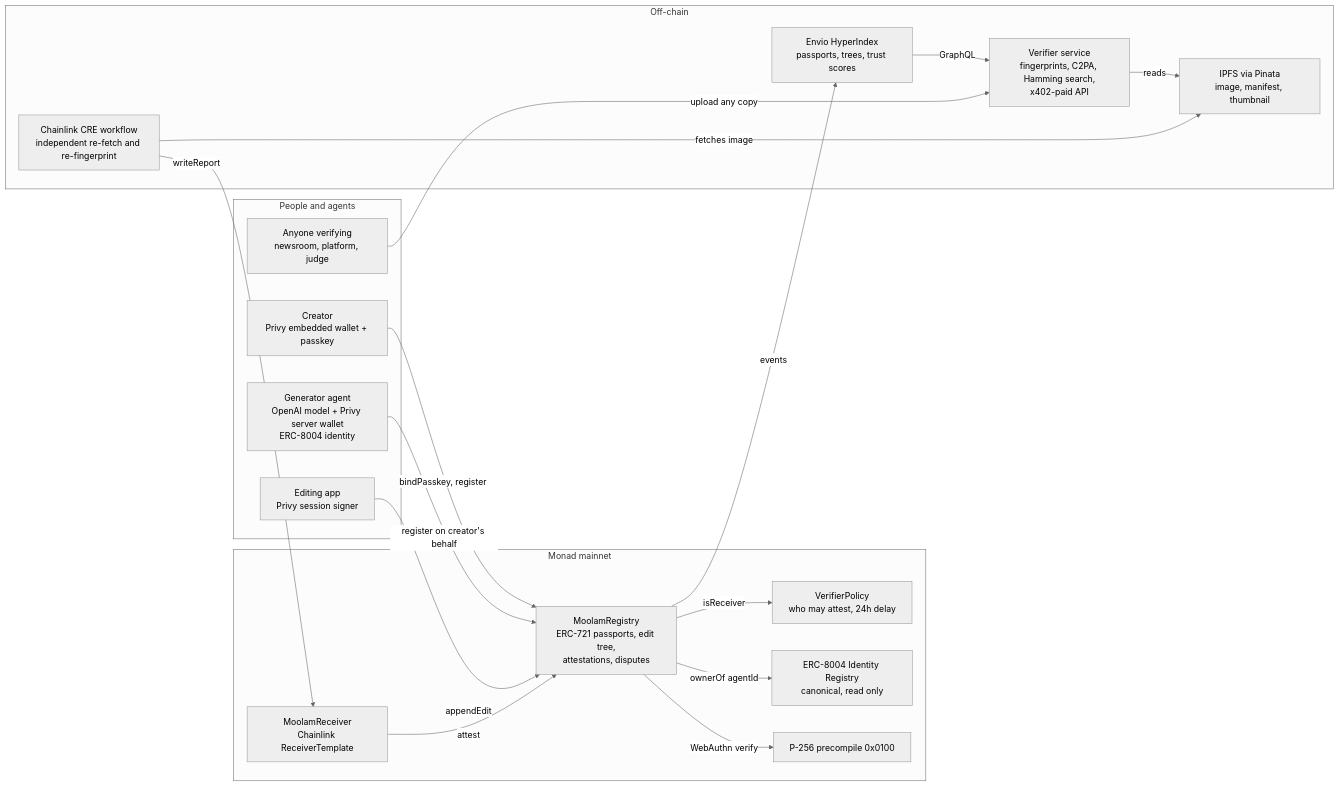
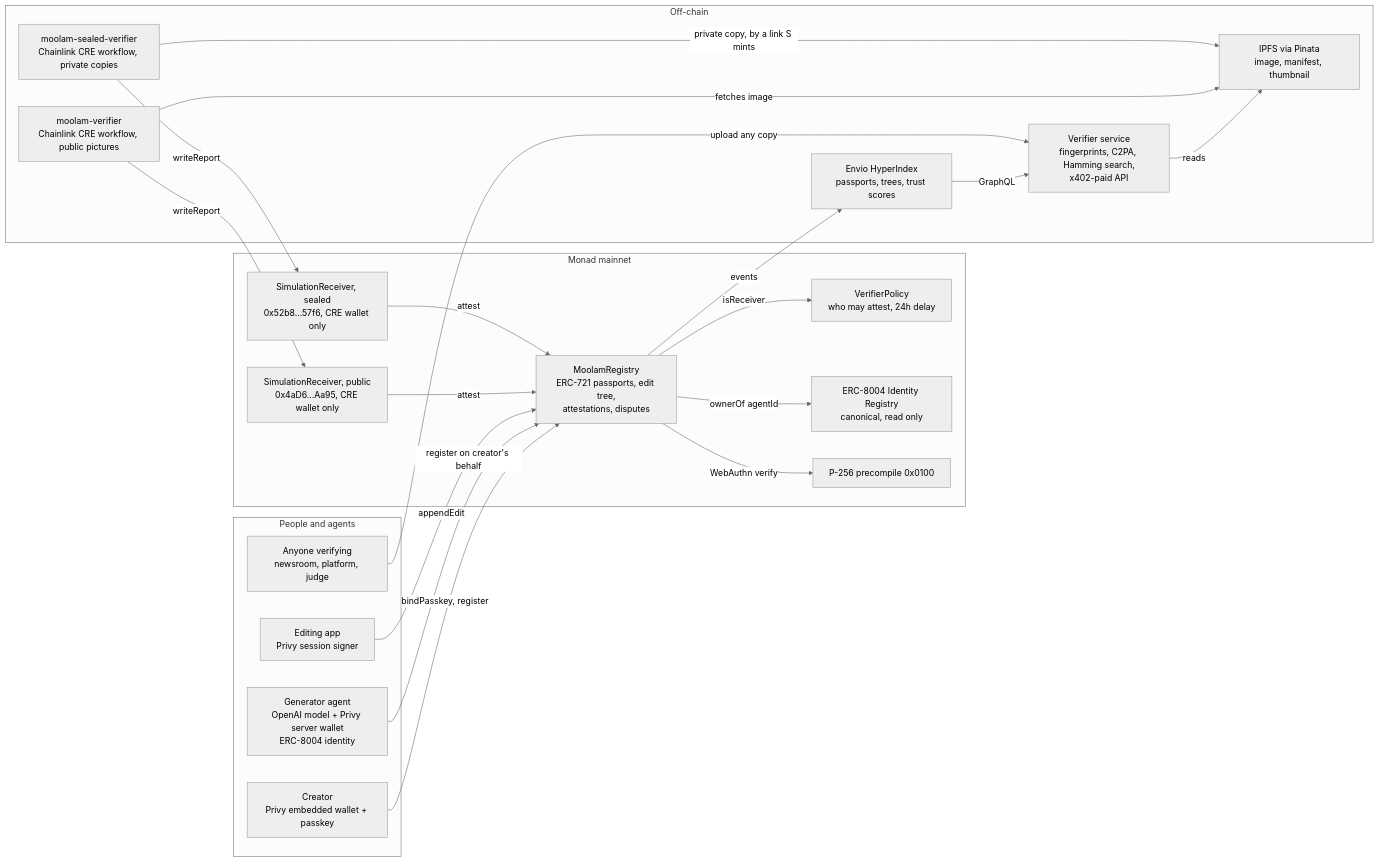
One commit to ramakrishnanhulk20/Moolam changed the first of 3 diagrams in ARCHITECTURE.md. Above: the diagram before and after it, drawn with Mermaid (neutral theme). The commit also changed other lines of this file and 14 other files, not shown here.

````diff
--- a/ARCHITECTURE.md
+++ b/ARCHITECTURE.md
@@ -11,37 +11,41 @@
 ```mermaid
 flowchart LR
     subgraph People and agents
         C[Creator<br/>Privy embedded wallet + passkey]
         G[Generator agent<br/>OpenAI model + Privy server wallet<br/>ERC-8004 identity]
         E[Editing app<br/>Privy session signer]
         V[Anyone verifying<br/>newsroom, platform, judge]
     end
 
     subgraph Monad mainnet
         R[MoolamRegistry<br/>ERC-721 passports, edit tree,<br/>attestations, disputes]
         P[VerifierPolicy<br/>who may attest, 24h delay]
-        RC[MoolamReceiver<br/>Chainlink ReceiverTemplate]
+        RC[SimulationReceiver, public<br/>0x4aD6…Aa95, CRE wallet only]
+        RS[SimulationReceiver, sealed<br/>0x52b8…57f6, CRE wallet only]
         I8[ERC-8004 Identity Registry<br/>canonical, read only]
         PC[P-256 precompile 0x0100]
     end
 
     subgraph Off-chain
         S[Verifier service<br/>fingerprints, C2PA, Hamming search,<br/>x402-paid API]
         X[Envio HyperIndex<br/>passports, trees, trust scores]
-        W[Chainlink CRE workflow<br/>independent re-fetch and re-fingerprint]
+        W[moolam-verifier<br/>Chainlink CRE workflow, public pictures]
+        WS[moolam-sealed-verifier<br/>Chainlink CRE workflow, private copies]
         F[IPFS via Pinata<br/>image, manifest, thumbnail]
     end
 
     C -- bindPasskey, register --> R
     G -- register on creator's behalf --> R
     E -- appendEdit --> R
     R -- WebAuthn verify --> PC
     R -- ownerOf agentId --> I8
     R -- isReceiver --> P
     W -- writeReport --> RC -- attest --> R
+    WS -- writeReport --> RS -- attest --> R
     R -- events --> X
     X -- GraphQL --> S
     S -- reads --> F
     W -- fetches image --> F
+    WS -- private copy, by a link S mints --> F
     V -- upload any copy --> S
 ```
````
